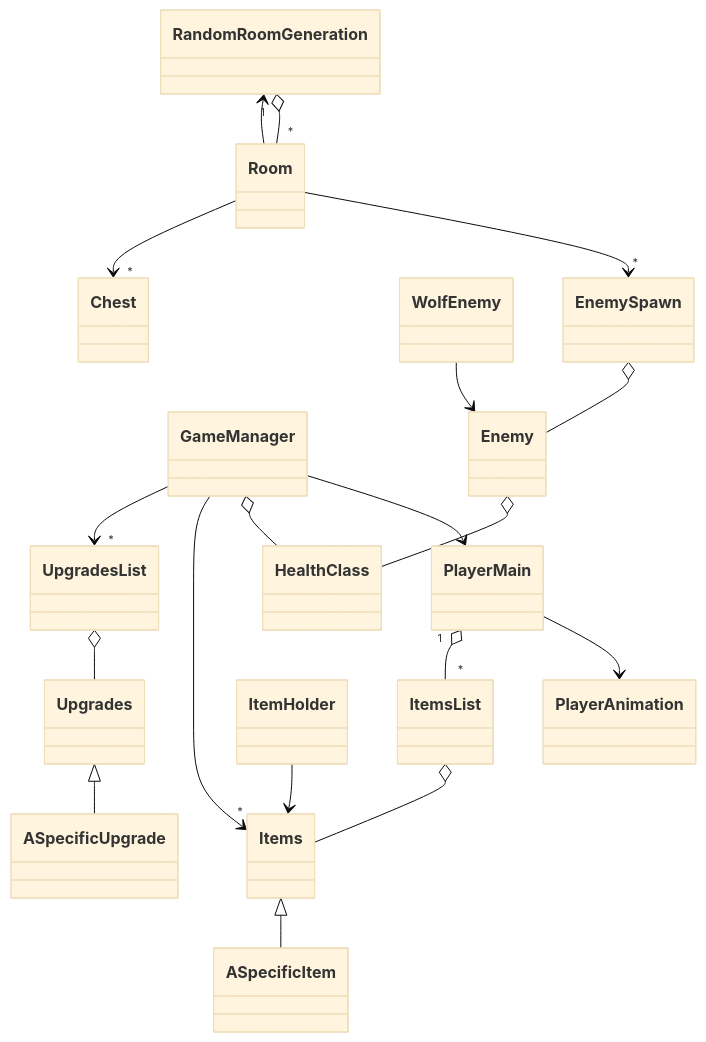
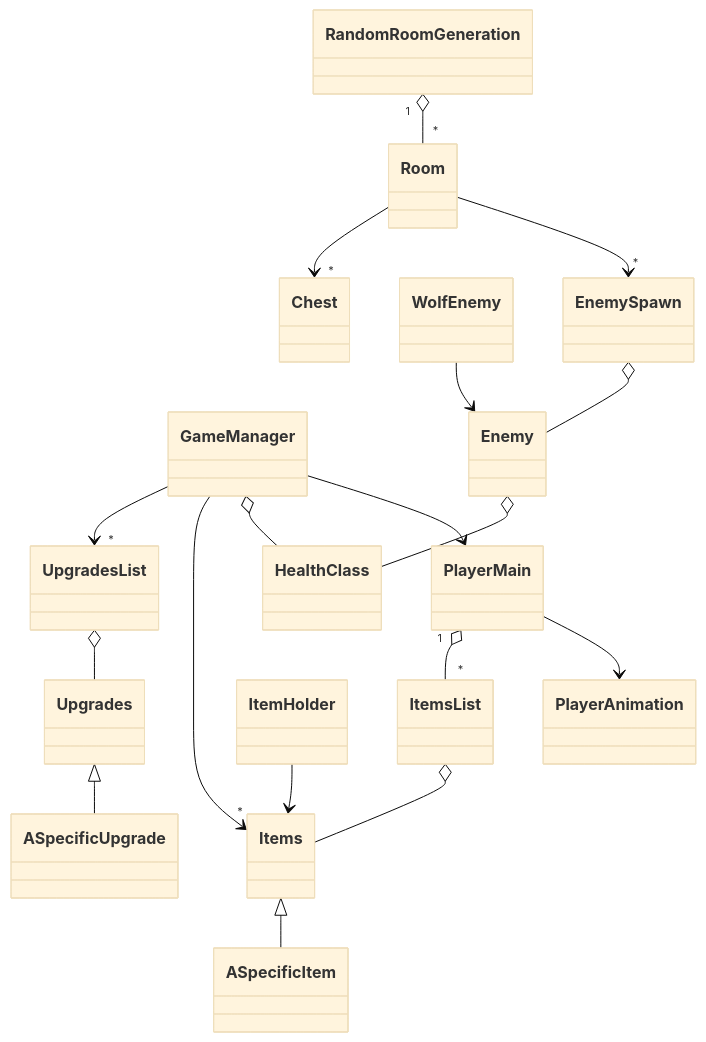
Before and after one commit to Aniol-Marcet-Hauk/TheHarvest: the diagram in code_diagram.md, drawn with Mermaid (base theme).

Commit message:
Remove Room connection to RandomRoomGeneration

````diff
--- a/code_diagram.md
+++ b/code_diagram.md
@@ -5,26 +5,25 @@
 ```mermaid
 classDiagram
    
 
     GameManager --> PlayerMain 
     GameManager o-- HealthClass 
     PlayerMain --> PlayerAnimation 
     PlayerMain "1" o-- "*" ItemsList 
     ItemsList o-- Items 
     ItemHolder --> Items
     Enemy o-- HealthClass
     EnemySpawn o-- Enemy
     WolfEnemy --> Enemy 
     GameManager --> "*" Items
     GameManager --> "*" UpgradesList
     UpgradesList o-- Upgrades
     RandomRoomGeneration "1" o-- "*" Room
-    Room --> RandomRoomGeneration 
     Room --> "*" EnemySpawn 
     Room --> "*" Chest
     Items <|-- ASpecificItem
     Upgrades <|-- ASpecificUpgrade
     
         
         
 ```
````
